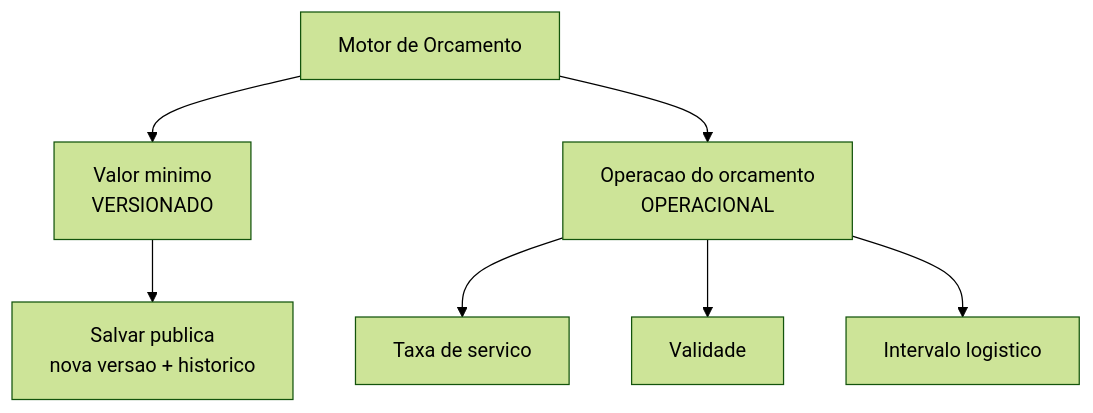
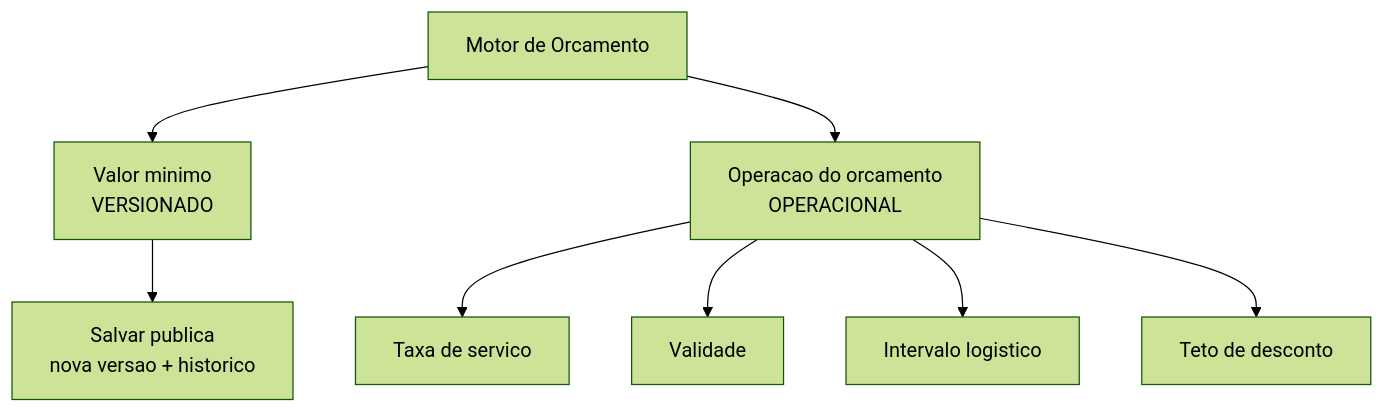
The diagram in configuracoes/motor-de-orcamento.md (LocFlowTeam/locflow-docs), drawn with Mermaid (forest theme) before and after one commit. The commit also changed other lines of this file and 16 other files, not shown here.

````diff
--- a/configuracoes/motor-de-orcamento.md
+++ b/configuracoes/motor-de-orcamento.md
@@ -105,9 +127,10 @@
 ```mermaid
 flowchart TB
     M[Motor de Orcamento] --> V[Valor minimo<br/>VERSIONADO]
     M --> O[Operacao do orcamento<br/>OPERACIONAL]
     V --> VH[Salvar publica<br/>nova versao + historico]
     O --> T[Taxa de servico]
     O --> VA[Validade]
     O --> I[Intervalo logistico]
+    O --> D[Teto de desconto]
 ```
````
